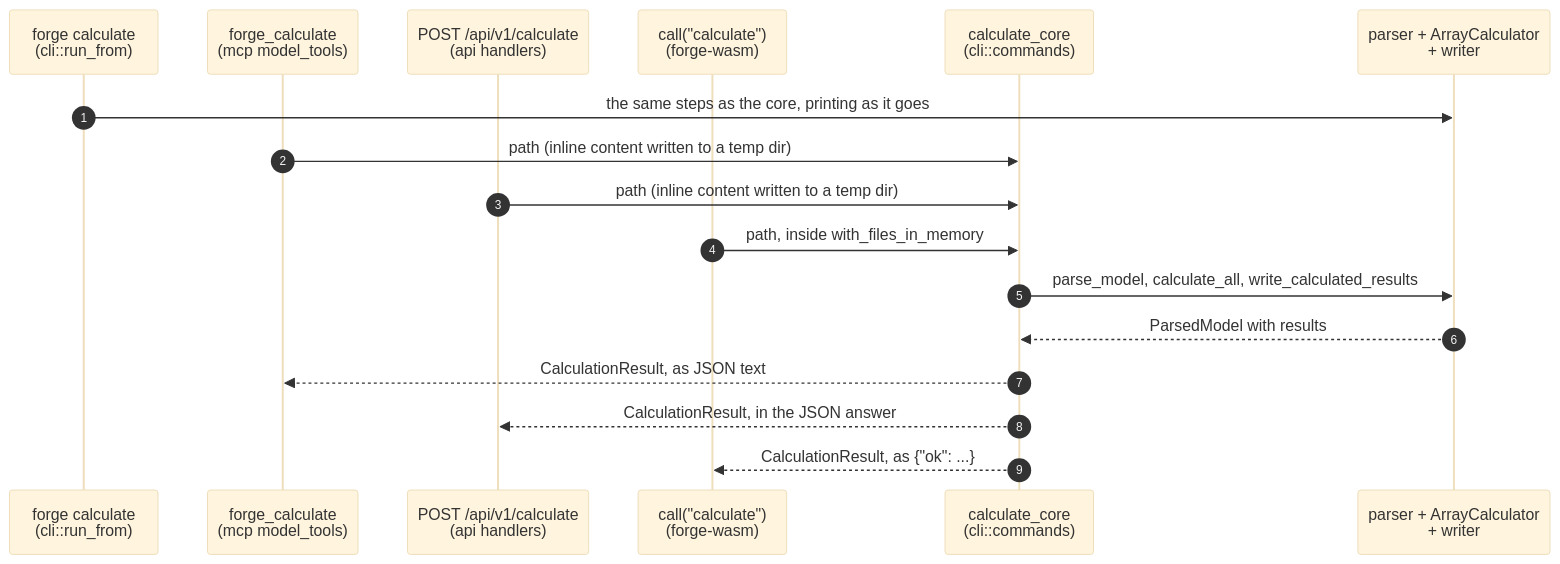
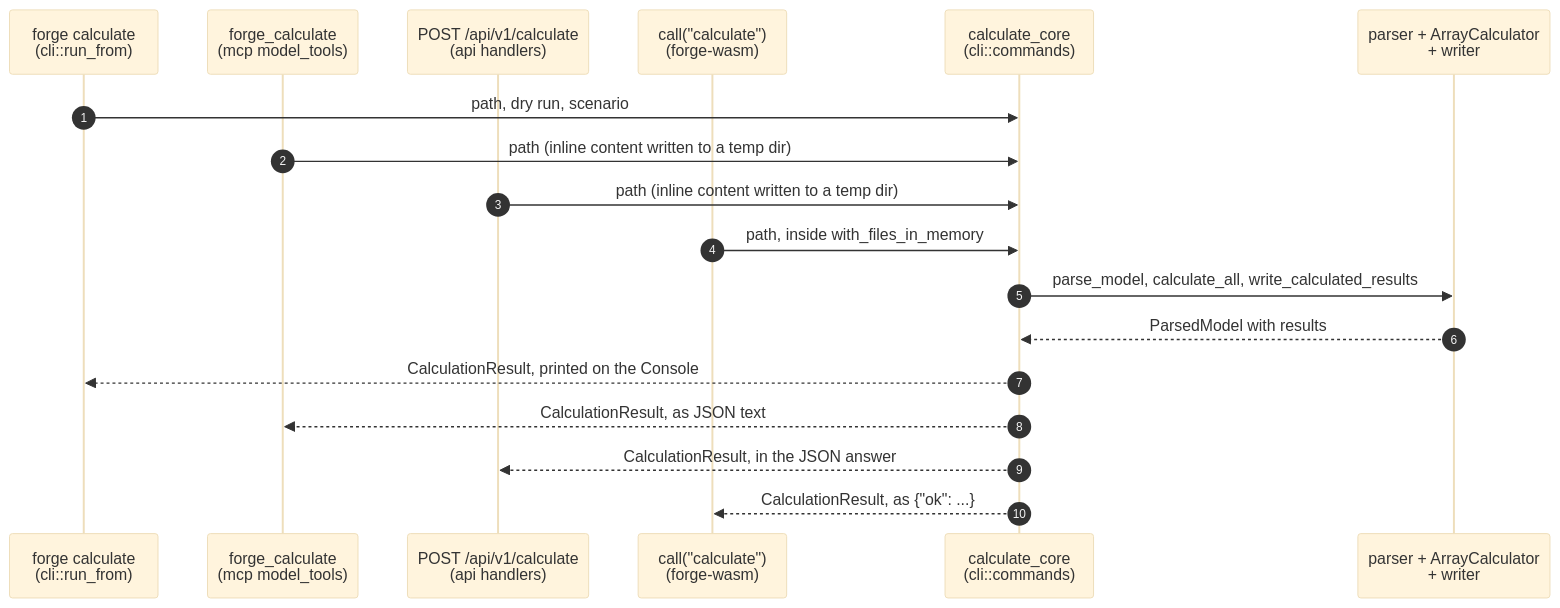
The second of 4 diagrams in docs/architecture/01-COMPONENT-ARCHITECTURE.md (mollendorff-ai/forge), drawn with Mermaid (base theme) before and after one commit. The commit also changed other lines of this file and 19 other files, not shown here.

````diff
--- a/docs/architecture/01-COMPONENT-ARCHITECTURE.md
+++ b/docs/architecture/01-COMPONENT-ARCHITECTURE.md
@@ -58,20 +58,21 @@
 ```mermaid
 sequenceDiagram
     autonumber
     participant CLI as forge calculate<br/>(cli::run_from)
     participant MCP as forge_calculate<br/>(mcp model_tools)
     participant REST as POST /api/v1/calculate<br/>(api handlers)
     participant WASM as call("calculate")<br/>(forge-wasm)
     participant Core as calculate_core<br/>(cli::commands)
     participant Engine as parser + ArrayCalculator<br/>+ writer
 
-    CLI->>Engine: the same steps as the core, printing as it goes
+    CLI->>Core: path, dry run, scenario
     MCP->>Core: path (inline content written to a temp dir)
     REST->>Core: path (inline content written to a temp dir)
     WASM->>Core: path, inside with_files_in_memory
     Core->>Engine: parse_model, calculate_all, write_calculated_results
     Engine-->>Core: ParsedModel with results
+    Core-->>CLI: CalculationResult, printed on the Console
     Core-->>MCP: CalculationResult, as JSON text
     Core-->>REST: CalculationResult, in the JSON answer
     Core-->>WASM: CalculationResult, as {"ok": ...}
 ```
````
